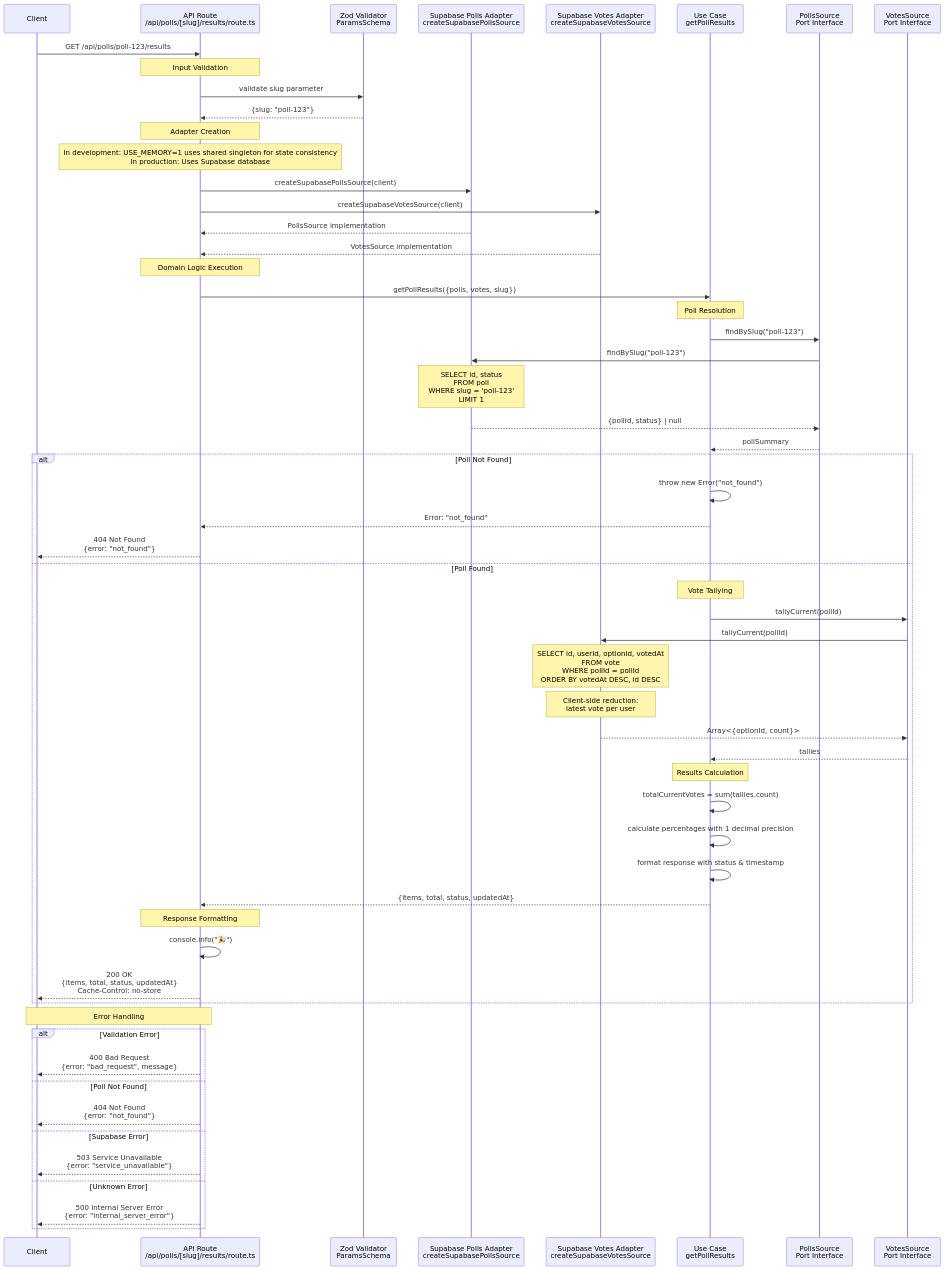
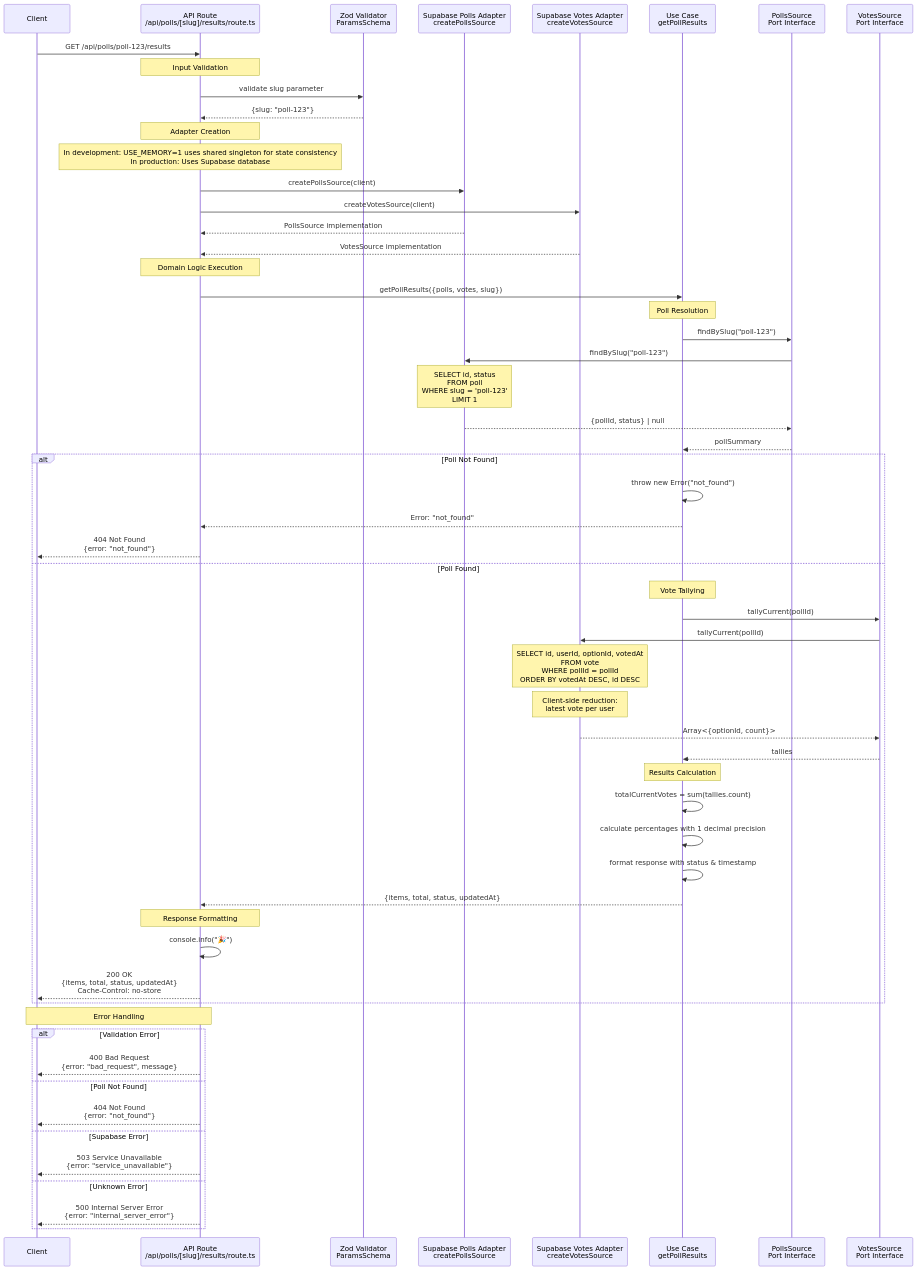
The diagram in .github/sequence-diagrams/get-poll-results.md (sandbox-as-a-service/directional-sentiment), drawn with Mermaid before and after one commit. The commit also changed 9 other files, not shown here.

Commit message:
feat: rename factory functions for polls and votes sources to improve consistency

````diff
--- a/.github/sequence-diagrams/get-poll-results.md
+++ b/.github/sequence-diagrams/get-poll-results.md
@@ -5,74 +5,74 @@
 ```mermaid
 sequenceDiagram
     participant Client
     participant Route as API Route<br/>/api/polls/[slug]/results/route.ts
     participant Zod as Zod Validator<br/>ParamsSchema
-    participant SupabasePollsAdapter as Supabase Polls Adapter<br/>createSupabasePollsSource
-    participant SupabaseVotesAdapter as Supabase Votes Adapter<br/>createSupabaseVotesSource
+    participant SupabasePollsAdapter as Supabase Polls Adapter<br/>createPollsSource
+    participant SupabaseVotesAdapter as Supabase Votes Adapter<br/>createVotesSource
     participant UseCase as Use Case<br/>getPollResults
     participant PollsSource as PollsSource<br/>Port Interface
     participant VotesSource as VotesSource<br/>Port Interface
 
     Client->>Route: GET /api/polls/poll-123/results
 
     Note over Route: Input Validation
     Route->>Zod: validate slug parameter
     Zod-->>Route: {slug: "poll-123"}
 
     Note over Route: Adapter Creation
     Note over Route: In development: USE_MEMORY=1 uses shared singleton for state consistency<br/>In production: Uses Supabase database
-    Route->>SupabasePollsAdapter: createSupabasePollsSource(client)
-    Route->>SupabaseVotesAdapter: createSupabaseVotesSource(client)
+    Route->>SupabasePollsAdapter: createPollsSource(client)
+    Route->>SupabaseVotesAdapter: createVotesSource(client)
     SupabasePollsAdapter-->>Route: PollsSource implementation
     SupabaseVotesAdapter-->>Route: VotesSource implementation
 
     Note over Route: Domain Logic Execution
     Route->>UseCase: getPollResults({polls, votes, slug})
 
     Note over UseCase: Poll Resolution
     UseCase->>PollsSource: findBySlug("poll-123")
 
     PollsSource->>SupabasePollsAdapter: findBySlug("poll-123")
     Note over SupabasePollsAdapter: SELECT id, status<br/>FROM poll<br/>WHERE slug = 'poll-123'<br/>LIMIT 1
     SupabasePollsAdapter-->>PollsSource: {pollId, status} | null
 
     PollsSource-->>UseCase: pollSummary
 
     alt Poll Not Found
         UseCase->>UseCase: throw new Error("not_found")
         UseCase-->>Route: Error: "not_found"
         Route-->>Client: 404 Not Found<br/>{error: "not_found"}
     else Poll Found
         Note over UseCase: Vote Tallying
         UseCase->>VotesSource: tallyCurrent(pollId)
 
         VotesSource->>SupabaseVotesAdapter: tallyCurrent(pollId)
         Note over SupabaseVotesAdapter: SELECT id, userId, optionId, votedAt<br/>FROM vote<br/>WHERE pollId = pollId<br/>ORDER BY votedAt DESC, id DESC
         Note over SupabaseVotesAdapter: Client-side reduction:<br/>latest vote per user
         SupabaseVotesAdapter-->>VotesSource: Array<{optionId, count}>
 
         VotesSource-->>UseCase: tallies
 
         Note over UseCase: Results Calculation
         UseCase->>UseCase: totalCurrentVotes = sum(tallies.count)
         UseCase->>UseCase: calculate percentages with 1 decimal precision
         UseCase->>UseCase: format response with status & timestamp
 
         UseCase-->>Route: {items, total, status, updatedAt}
 
         Note over Route: Response Formatting
         Route->>Route: console.info("🎉")
         Route-->>Client: 200 OK<br/>{items, total, status, updatedAt}<br/>Cache-Control: no-store
     end
 
     Note over Route,Client: Error Handling
     alt Validation Error
         Route-->>Client: 400 Bad Request<br/>{error: "bad_request", message}
     else Poll Not Found
         Route-->>Client: 404 Not Found<br/>{error: "not_found"}
     else Supabase Error
         Route-->>Client: 503 Service Unavailable<br/>{error: "service_unavailable"}
     else Unknown Error
         Route-->>Client: 500 Internal Server Error<br/>{error: "internal_server_error"}
     end
 ```
````
